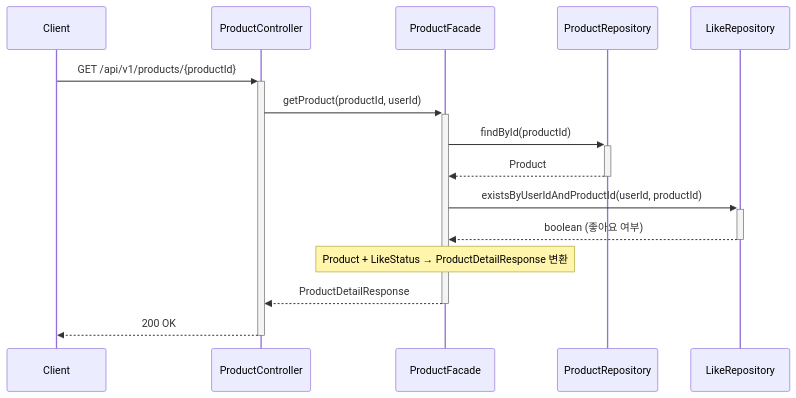
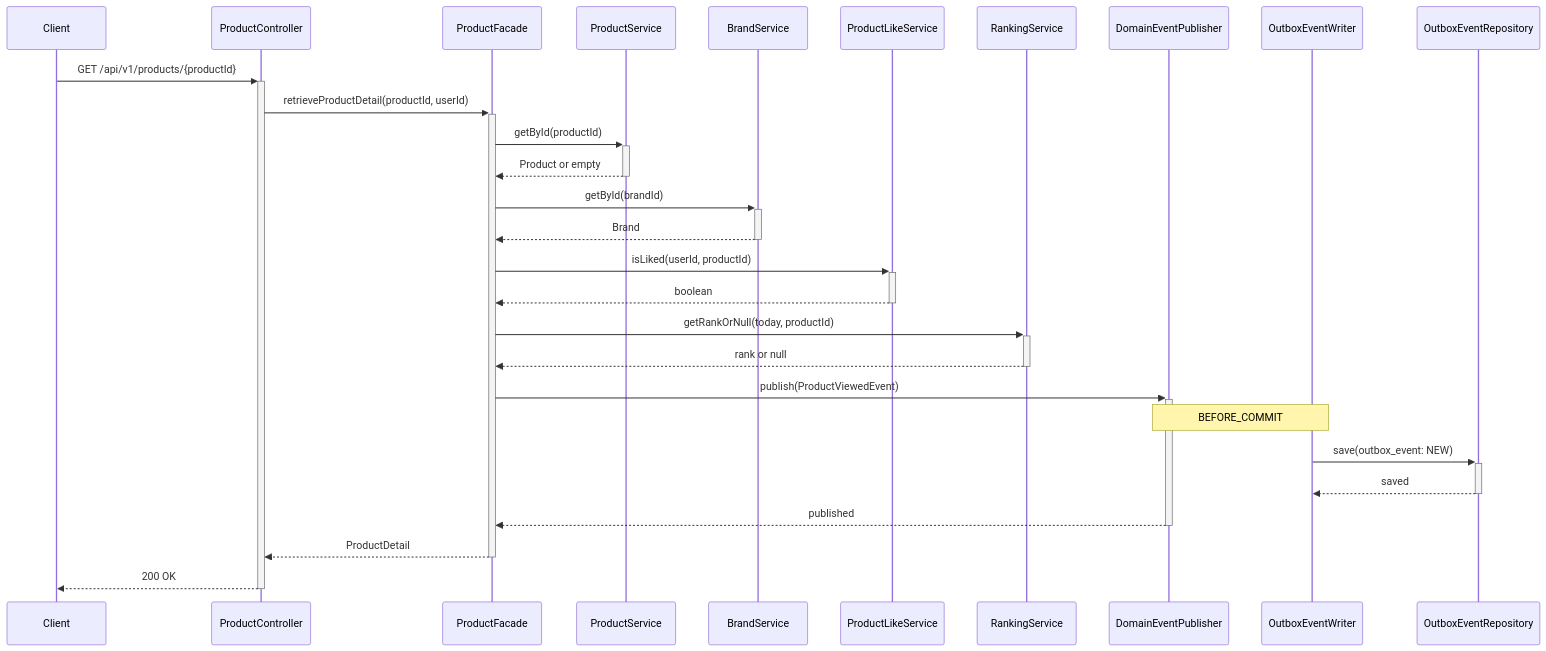
One commit to JeonJe/commerce-backend changed the second of 10 diagrams in docs/design/02-sequence-diagrams.md. Above: the diagram before and after it, drawn with Mermaid. The commit also changed other lines of this file and 9 other files, not shown here.

````diff
--- a/docs/design/02-sequence-diagrams.md
+++ b/docs/design/02-sequence-diagrams.md
@@ -83,23 +58,34 @@
 ```mermaid
 sequenceDiagram
     participant Client
     participant ProductController
     participant ProductFacade
-    participant ProductRepository
-    participant LikeRepository
+    participant ProductService
+    participant BrandService
+    participant ProductLikeService
+    participant RankingService
+    participant EventPublisher as DomainEventPublisher
+    participant OutboxWriter as OutboxEventWriter
+    participant OutboxRepo as OutboxEventRepository
 
     Client->>+ProductController: GET /api/v1/products/{productId}
+    ProductController->>+ProductFacade: retrieveProductDetail(productId, userId)
 
-    ProductController->>+ProductFacade: getProduct(productId, userId)
+    ProductFacade->>+ProductService: getById(productId)
+    ProductService-->>-ProductFacade: Product or empty
+    ProductFacade->>+BrandService: getById(brandId)
+    BrandService-->>-ProductFacade: Brand
+    ProductFacade->>+ProductLikeService: isLiked(userId, productId)
+    ProductLikeService-->>-ProductFacade: boolean
+    ProductFacade->>+RankingService: getRankOrNull(today, productId)
+    RankingService-->>-ProductFacade: rank or null
 
-    ProductFacade->>+ProductRepository: findById(productId)
-    ProductRepository-->>-ProductFacade: Product
+    ProductFacade->>+EventPublisher: publish(ProductViewedEvent)
+    Note over EventPublisher,OutboxWriter: BEFORE_COMMIT
+    OutboxWriter->>+OutboxRepo: save(outbox_event: NEW)
+    OutboxRepo-->>-OutboxWriter: saved
+    EventPublisher-->>-ProductFacade: published
 
-    ProductFacade->>+LikeRepository: existsByUserIdAndProductId(userId, productId)
-    LikeRepository-->>-ProductFacade: boolean (좋아요 여부)
-
-    Note over ProductFacade: Product + LikeStatus → ProductDetailResponse 변환
-
-    ProductFacade-->>-ProductController: ProductDetailResponse
+    ProductFacade-->>-ProductController: ProductDetail
     ProductController-->>-Client: 200 OK
 ```
````
